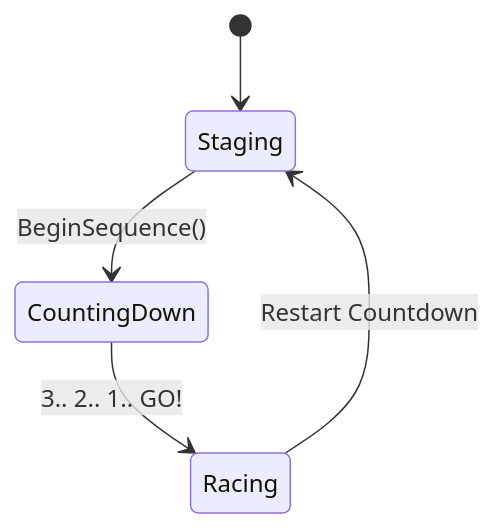
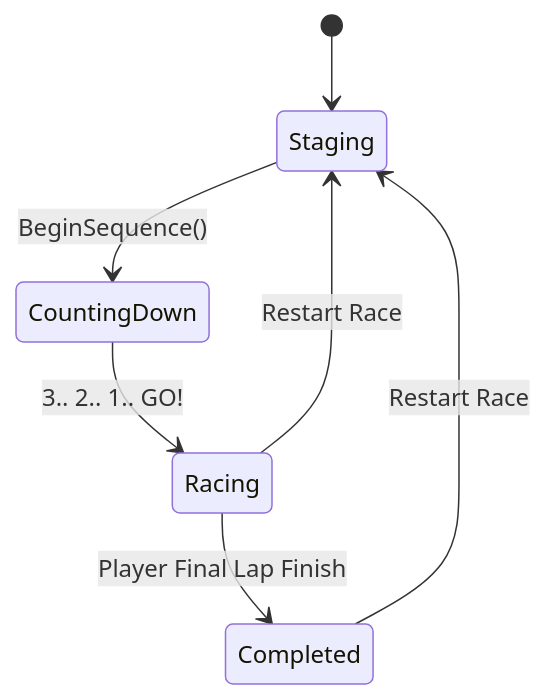
Before and after one commit to yugomania/race-ninha: the diagram in Documentation/RaceSystem.md, drawn with Mermaid. The commit also changed other lines of this file and 4 other files, not shown here.

Commit message:
feat(phase-7): implement LapSystem checkpoint sequence validation, RaceManager and Phase7_TestHarness

````diff
--- a/Documentation/RaceSystem.md
+++ b/Documentation/RaceSystem.md
@@ -14,7 +16,9 @@
 ```mermaid
 stateDiagram-v2
     [*] --> Staging
     Staging --> CountingDown : BeginSequence()
     CountingDown --> Racing : 3.. 2.. 1.. GO!
-    Racing --> Staging : Restart Countdown
+    Racing --> Completed : Player Final Lap Finish
+    Completed --> Staging : Restart Race
+    Racing --> Staging : Restart Race
 ```
````
